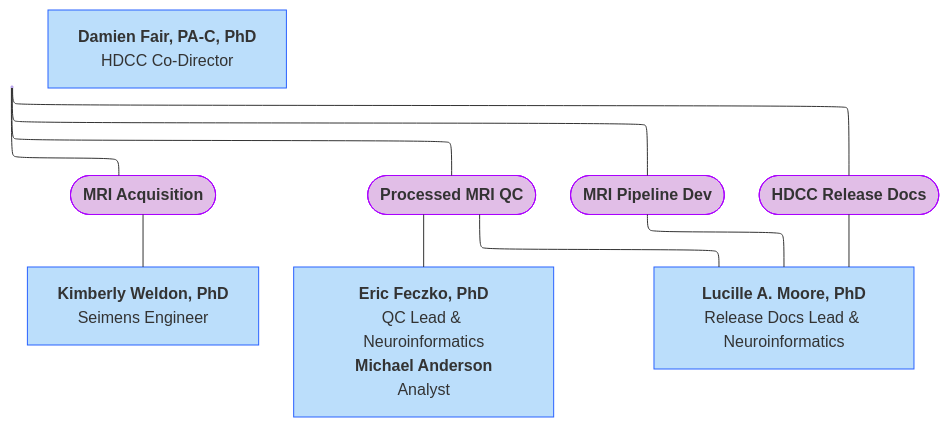
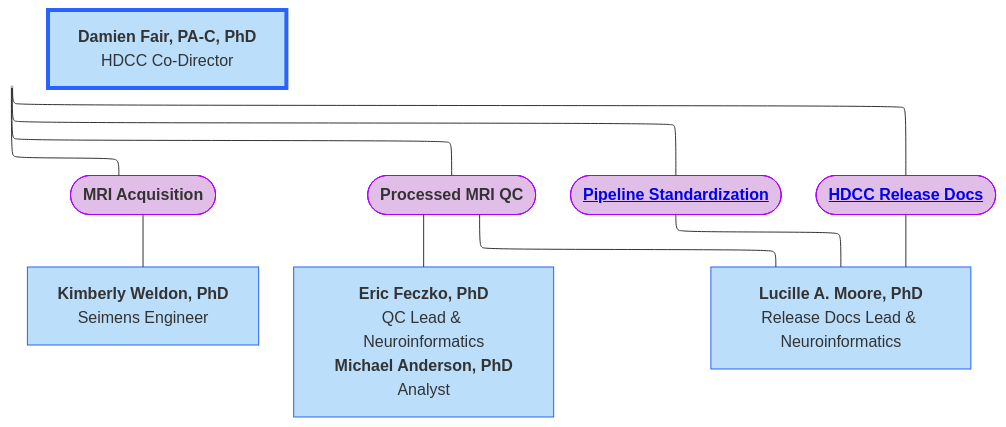
The diagram in docs/orgcharts/mermaid/cdni.mmd (DCAN-Labs/hbcd-docs-internal), drawn with Mermaid before and after one commit. The commit also changed 2 other files, not shown here.

Commit message:
update CDNI org chart

```diff
--- a/docs/orgcharts/mermaid/cdni.mmd
+++ b/docs/orgcharts/mermaid/cdni.mmd
@@ -1,24 +1,24 @@
 ---
 config:
   layout: elk
 ---
 flowchart TB
-    CDNI["<b>Damien Fair</b> HDCC Co-Director"] --- n2(["<b>MRI Acquisition</b>"]) & n3(["<b>Processed MRI QC</b>"]) & n7(["<b>MRI Pipeline Dev</b>"]) & n10(["<b>HDCC Release Docs</b>"])
+    CDNI["<b>Damien Fair</b> HDCC Co-Director"] --- n2(["<b>MRI Acquisition</b>"]) & n3(["<b>Processed MRI QC</b>"]) & n7(["<a href="https://docs.hbcdstudy.org/latest/instruments/processing/standards/"><b>Pipeline Standardization</b></a>"]) & n10(["<a href="https://docs.hbcdstudy.org/"><b>HDCC Release Docs</b></a>"])
     n2 --- n4["<b>Kimberly Weldon, PhD</b><br>Seimens Engineer"]
-    n3 --- n5@{ label: "<b>Eric Feczko, PhD</b><br>QC Lead &amp; Neuroinformatics<br><span style=\"--tw-scale-x:\"><b>Michael Anderson</b><br></span>Analyst" } & n9["<b>Lucille A. Moore, PhD</b><br>Release Docs Lead &amp; Neuroinformatics"]
+    n3 --- n5@{ label: "<b>Eric Feczko, PhD</b><br>QC Lead &amp; Neuroinformatics<br><span style=\"--tw-scale-x:\"><b>Michael Anderson, PhD</b><br></span>Analyst" } & n9["<b>Lucille A. Moore, PhD</b><br>Release Docs Lead &amp; Neuroinformatics"]
     n7 --- n9
     n10 --- n9
-    n11@{ label: "<b>Damien Fair, PA-C, PhD</b><br>HDCC Co-Director" } --> n2
+    n11["<b>Damien Fair, PA-C, PhD</b><br>HDCC Co-Director"] --> n2
     CDNI@{ shape: anchor}
     n5@{ shape: rect}
     n11@{ shape: rect}
     style CDNI fill:#BBDEFB,stroke:#2962FF
     style n2 fill:#E1BEE7,stroke:#AA00FF
     style n3 fill:#E1BEE7,stroke:#AA00FF
     style n7 fill:#E1BEE7,stroke:#AA00FF
     style n10 fill:#E1BEE7,stroke:#AA00FF
     style n4 fill:#BBDEFB,stroke:#2962FF
     style n5 fill:#BBDEFB,stroke:#2962FF
     style n9 fill:#BBDEFB,stroke:#2962FF
-    style n11 fill:#BBDEFB,stroke:#2962FF
+    style n11 fill:#BBDEFB,stroke:#2962FF,stroke-width:4px,stroke-dasharray: 0
     linkStyle 9 stroke:none,fill:none
```
